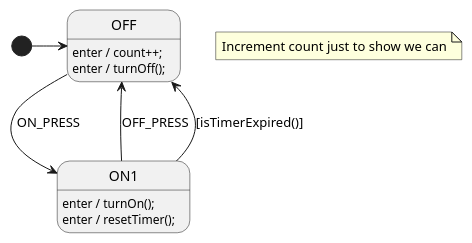
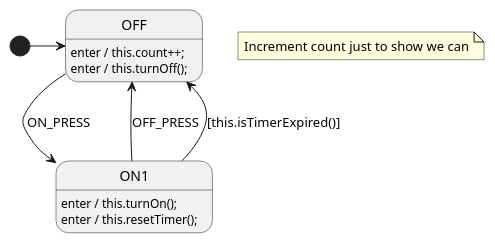
Before and after one commit to StateSmith/tutorial-3: the diagram in lesson-3/inheritance/LightSm.plantuml, drawn with PlantUML. The commit also changed 11 other files, not shown here.

```diff
--- a/lesson-3/inheritance/LightSm.plantuml
+++ b/lesson-3/inheritance/LightSm.plantuml
@@ -1,27 +1,25 @@
 @startuml LightSm
 
 ' STATES
 state OFF
 state ON1
 
 ' STATE HANDLERS
 [*] -> OFF
 
-OFF: enter / count++;
-OFF: enter / turnOff();
+OFF: enter / this.count++;
+OFF: enter / this.turnOff();
 OFF --> ON1: ON_PRESS
 
 note "Increment count just to show we can" as N1
 
-ON1: enter / turnOn();
-ON1: enter / resetTimer();
+ON1: enter / this.turnOn();
+ON1: enter / this.resetTimer();
 ON1 --> OFF: OFF_PRESS
-ON1 --> OFF: [isTimerExpired()]
-
+ON1 --> OFF: [this.isTimerExpired()]
 
 /'! $CONFIG : toml
 SmRunnerSettings.transpilerId = "JavaScript"
 RenderConfig.JavaScript.ExtendsSuperClass = "LightSmBase"
-RenderConfig.DefaultAnyExpTemplate = "this.{AutoNameCopy()}"
 '/
 @enduml
```
